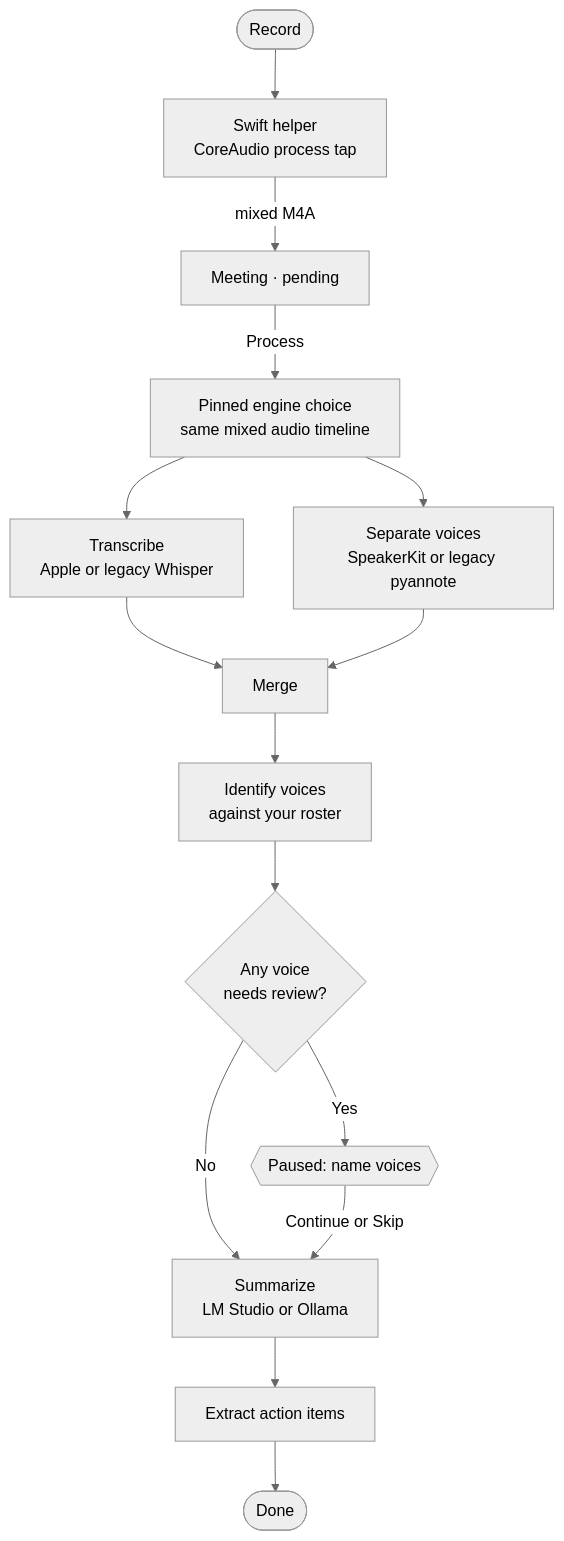
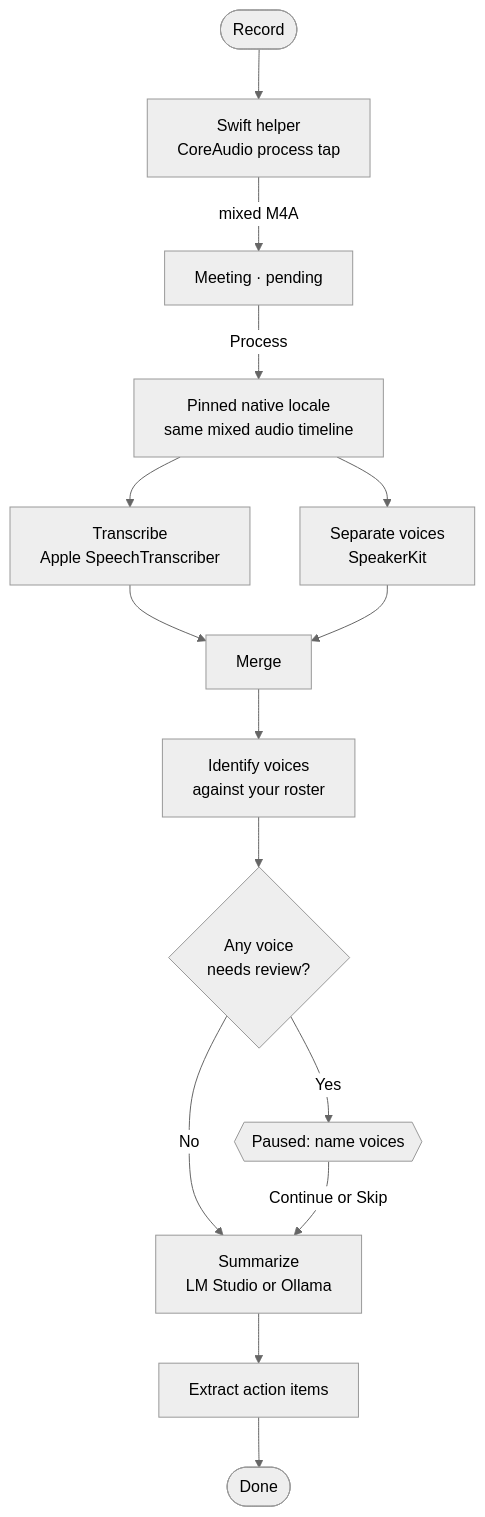
The diagram in README.md (dbbaskette/MeetingNotes), drawn with Mermaid (neutral theme) before and after one commit. The commit also changed other lines of this file and 113 other files, not shown here.

First line of the commit message:
1.16.0: native-only speech and simpler setup (#276)

````diff
--- a/README.md
+++ b/README.md
@@ -86,17 +84,17 @@
 ```mermaid
 flowchart TD
     rec([Record]) --> tap["Swift helper<br/>CoreAudio process tap"]
     tap -->|mixed M4A| pending["Meeting · pending"]
-    pending -->|Process| prep["Pinned engine choice<br/>same mixed audio timeline"]
-    prep --> stt["Transcribe<br/>Apple or legacy Whisper"]
-    prep --> dia["Separate voices<br/>SpeakerKit or legacy pyannote"]
+    pending -->|Process| prep["Pinned native locale<br/>same mixed audio timeline"]
+    prep --> stt["Transcribe<br/>Apple SpeechTranscriber"]
+    prep --> dia["Separate voices<br/>SpeakerKit"]
     stt --> merge[Merge]
     dia --> merge
     merge --> id["Identify voices<br/>against your roster"]
     id --> review{"Any voice<br/>needs review?"}
     review -->|Yes| gate{{"Paused: name voices"}}
     review -->|No| sum["Summarize<br/>LM Studio or Ollama"]
     gate -->|Continue or Skip| sum
     sum --> ext["Extract action items"]
     ext --> done([Done])
 ```
````
